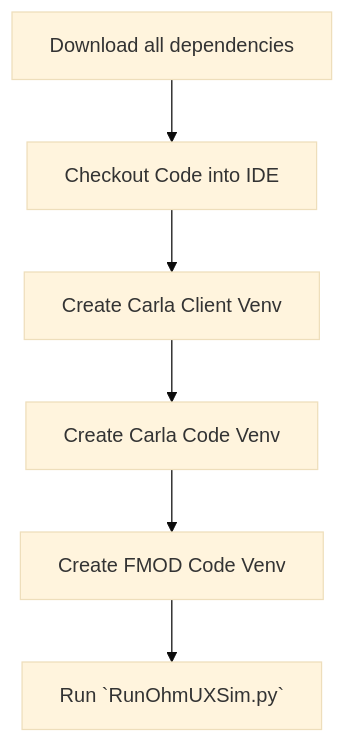
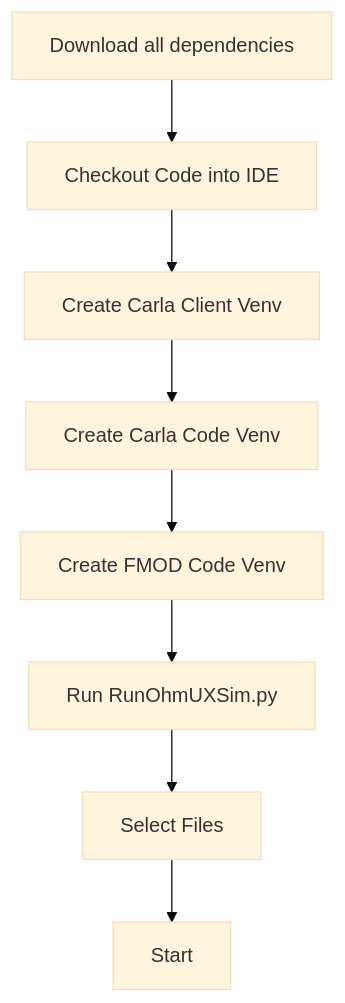
The diagram in README.md (yjikong/carla-audio-engine), drawn with Mermaid (base theme) before and after one commit.

Commit message:
Fix formatting of RunOhmUXSim.py in README

````diff
--- a/README.md
+++ b/README.md
@@ -38,8 +38,10 @@
 ```mermaid
 flowchart TD
   A[Download all dependencies] --> B[Checkout Code into IDE]
   B --> C[Create Carla Client Venv]
   C --> D[Create Carla Code Venv]
   D --> E[Create FMOD Code Venv]
-  E --> F[Run `RunOhmUXSim.py`]
+  E --> F[Run RunOhmUXSim.py]
+  F --> G[Select Files]
+  G --> H[Start]
 ```
````
